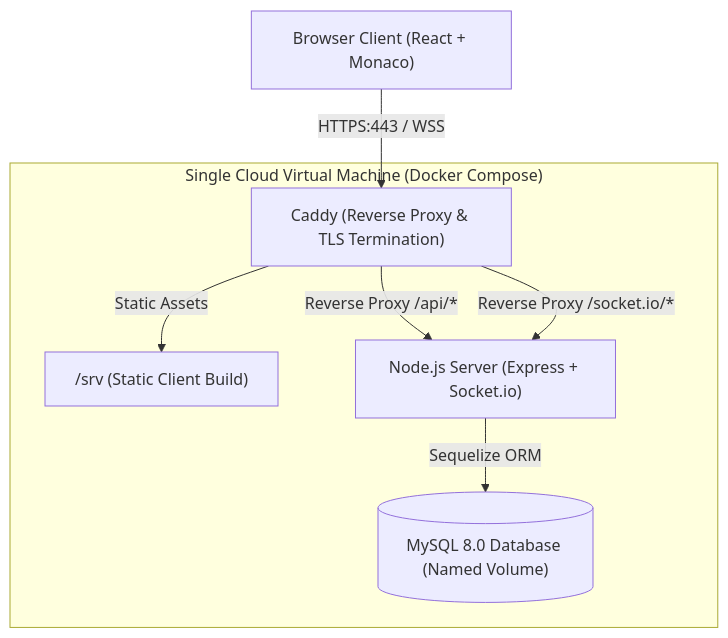
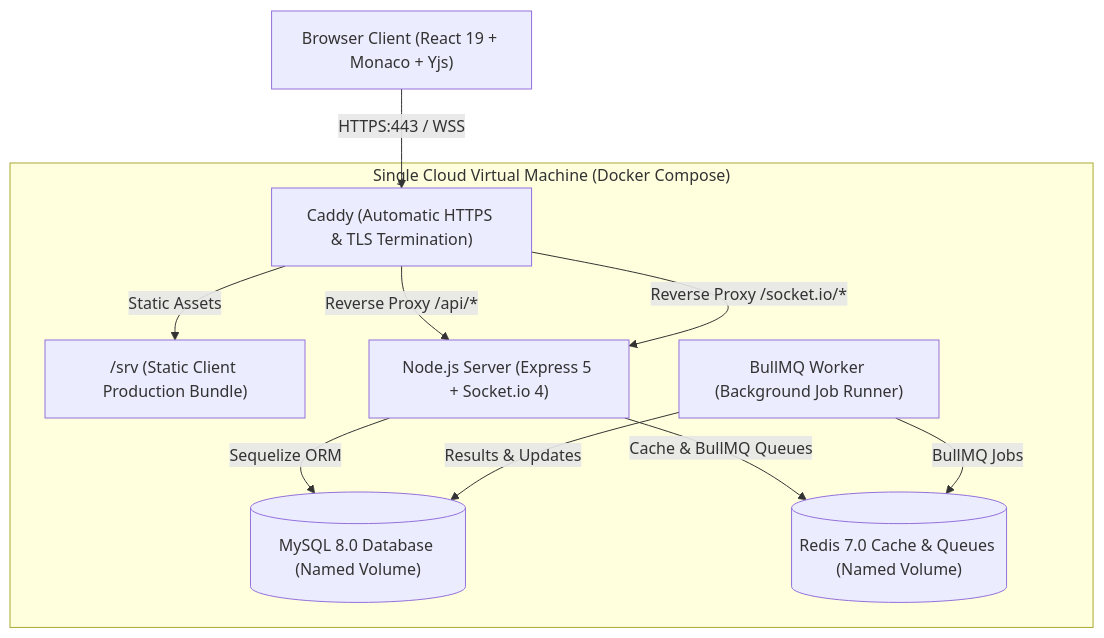
Before and after one commit to thakurji12034-pixel/AI-Interview-Platform: the diagram in README.md, drawn with Mermaid. The commit also changed other lines of this file and 46 other files, not shown here.

````diff
--- a/README.md
+++ b/README.md
@@ -38,16 +40,21 @@
 ```mermaid
 flowchart TD
-    Client["Browser Client (React + Monaco)"]
+    Client["Browser Client (React 19 + Monaco + Yjs)"]
     subgraph VM ["Single Cloud Virtual Machine (Docker Compose)"]
-        Caddy["Caddy (Reverse Proxy & TLS Termination)"]
-        Static["/srv (Static Client Build)"]
-        NodeServer["Node.js Server (Express + Socket.io)"]
+        Caddy["Caddy (Automatic HTTPS & TLS Termination)"]
+        Static["/srv (Static Client Production Bundle)"]
+        NodeServer["Node.js Server (Express 5 + Socket.io 4)"]
+        Worker["BullMQ Worker (Background Job Runner)"]
         MySQL[("MySQL 8.0 Database (Named Volume)")]
+        Redis[("Redis 7.0 Cache & Queues (Named Volume)")]
     end
 
     Client -->|HTTPS:443 / WSS| Caddy
     Caddy -->|Static Assets| Static
     Caddy -->|Reverse Proxy /api/*| NodeServer
     Caddy -->|Reverse Proxy /socket.io/*| NodeServer
     NodeServer -->|Sequelize ORM| MySQL
+    NodeServer -->|Cache & BullMQ Queues| Redis
+    Worker -->|BullMQ Jobs| Redis
+    Worker -->|Results & Updates| MySQL
 ```
````
